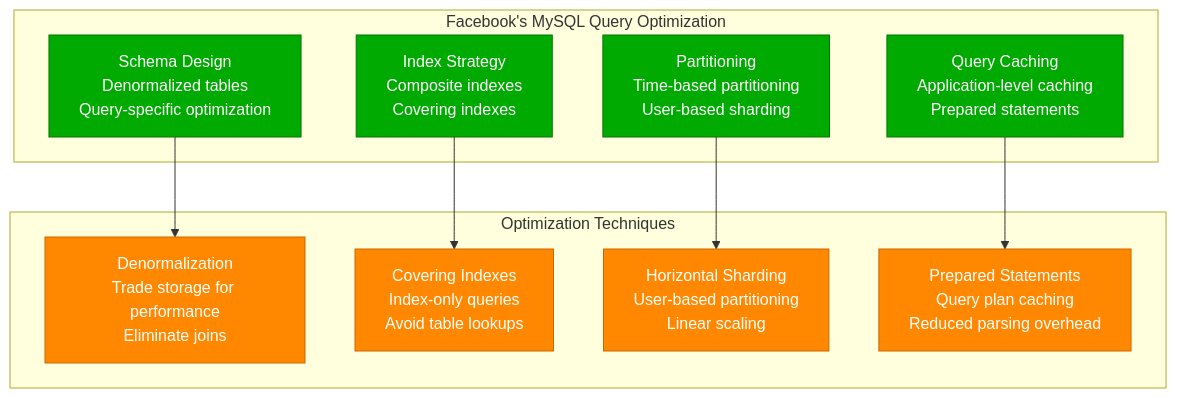
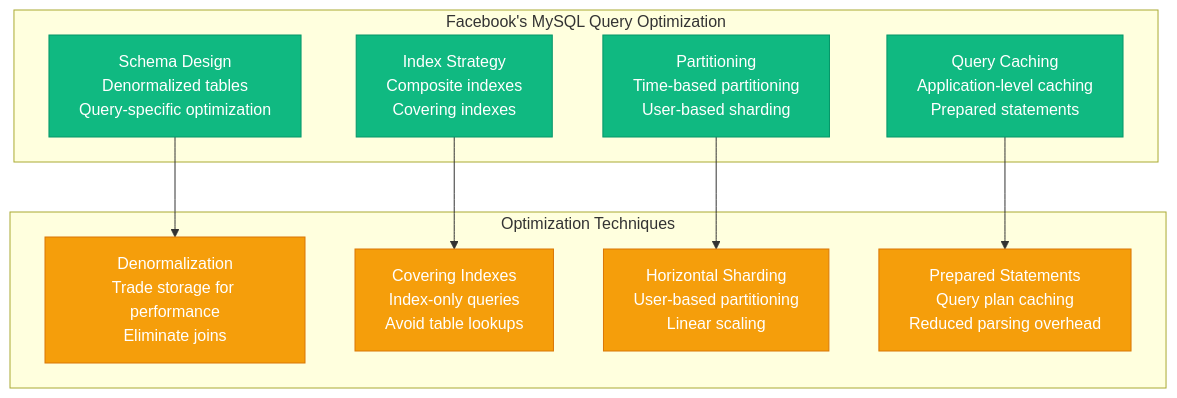
One commit to deepaucksharma/DS changed the third of 7 diagrams in site/docs/performance/mysql-1m-qps-performance.md. Above: the diagram before and after it, drawn with Mermaid. The commit also changed other lines of this file and 187 other files, not shown here.

````diff
--- a/site/docs/performance/mysql-1m-qps-performance.md
+++ b/site/docs/performance/mysql-1m-qps-performance.md
@@ -123,27 +123,27 @@
 ```mermaid
 graph TB
     subgraph QueryOpt[Facebook's MySQL Query Optimization]
         SCHEMA[Schema Design<br/>Denormalized tables<br/>Query-specific optimization]
         INDEXES[Index Strategy<br/>Composite indexes<br/>Covering indexes]
         PARTITION[Partitioning<br/>Time-based partitioning<br/>User-based sharding]
         CACHE[Query Caching<br/>Application-level caching<br/>Prepared statements]
     end
 
     subgraph Techniques[Optimization Techniques]
         DENORM[Denormalization<br/>Trade storage for performance<br/>Eliminate joins]
         COVERING[Covering Indexes<br/>Index-only queries<br/>Avoid table lookups]
         SHARD[Horizontal Sharding<br/>User-based partitioning<br/>Linear scaling]
         PREPARE[Prepared Statements<br/>Query plan caching<br/>Reduced parsing overhead]
     end
 
     SCHEMA --> DENORM
     INDEXES --> COVERING
     PARTITION --> SHARD
     CACHE --> PREPARE
 
-    classDef optStyle fill:#00AA00,stroke:#007700,color:#fff
-    classDef techniqueStyle fill:#FF8800,stroke:#CC6600,color:#fff
+    classDef optStyle fill:#10B981,stroke:#059669,color:#fff
+    classDef techniqueStyle fill:#F59E0B,stroke:#D97706,color:#fff
 
     class SCHEMA,INDEXES,PARTITION,CACHE optStyle
     class DENORM,COVERING,SHARD,PREPARE techniqueStyle
 ```
````
